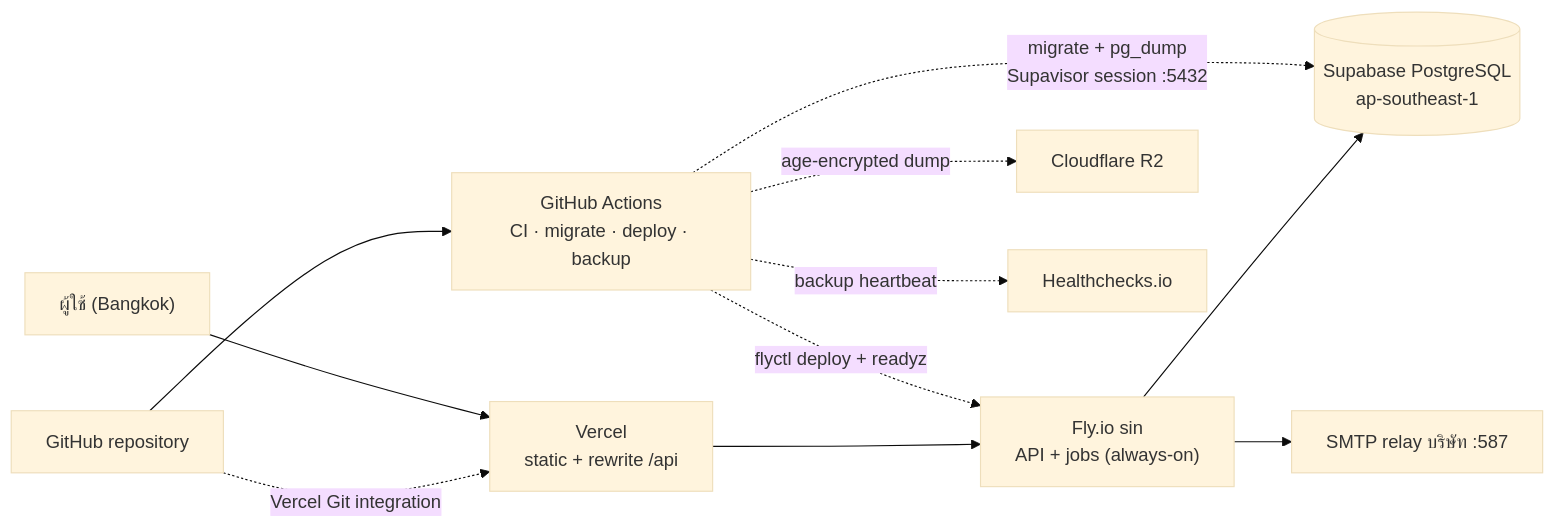
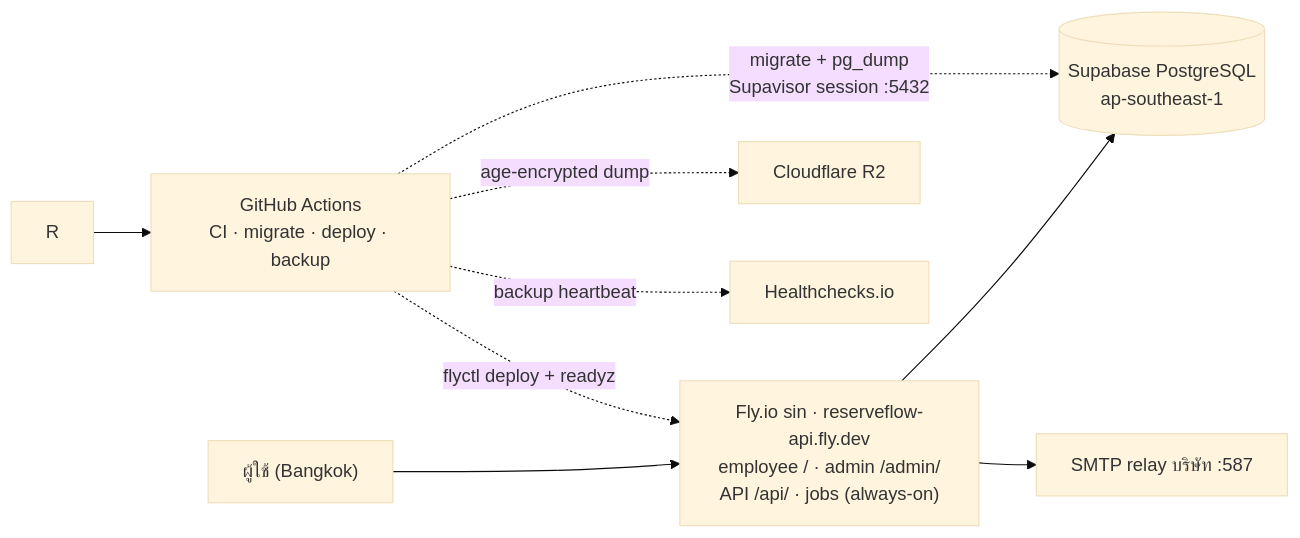
Before and after one commit to greentea01x/reserve-flow: the diagram in docs/spec/sections/09-devops-security-qa.md, drawn with Mermaid (base theme). The commit also changed other lines of this file and 28 other files, not shown here.

````diff
--- a/docs/spec/sections/09-devops-security-qa.md
+++ b/docs/spec/sections/09-devops-security-qa.md
@@ -163,15 +146,13 @@
 ```mermaid
 %% id: production-deployment
-%% title: การติดตั้ง ReserveFlow บน Vercel + Fly + Supabase
+%% title: การติดตั้ง ReserveFlow บน Fly + Supabase
 flowchart LR
-  R["GitHub repository"] -. "Vercel Git integration" .-> V
   R --> G["GitHub Actions<br/>CI · migrate · deploy · backup"]
-  U["ผู้ใช้ (Bangkok)"] --> V["Vercel<br/>static + rewrite /api"]
-  V --> A["Fly.io sin<br/>API + jobs (always-on)"]
+  U["ผู้ใช้ (Bangkok)"] --> A["Fly.io sin · reserveflow-api.fly.dev<br/>employee / · admin /admin/<br/>API /api/ · jobs (always-on)"]
   A --> P[("Supabase PostgreSQL<br/>ap-southeast-1")]
   A --> M["SMTP relay บริษัท :587"]
   G -. "flyctl deploy + readyz" .-> A
   G -. "migrate + pg_dump<br/>Supavisor session :5432" .-> P
   G -. "age-encrypted dump" .-> B["Cloudflare R2"]
   G -. "backup heartbeat" .-> H["Healthchecks.io"]
 ```
````
